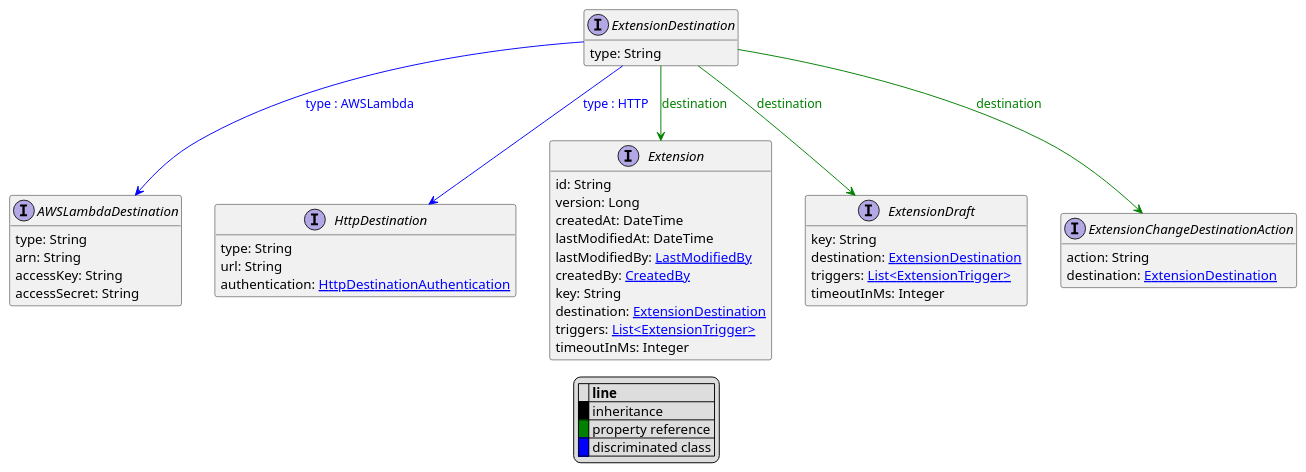
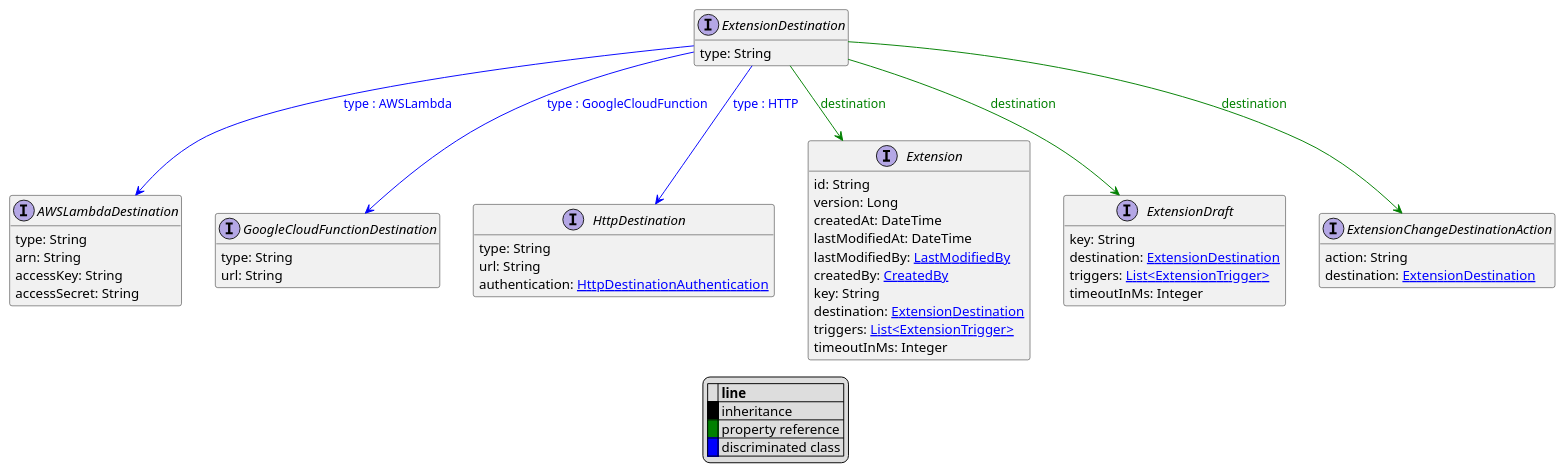
Before and after one commit to commercetools/commercetools-api-reference: the diagram in uml/api/ExtensionDestination.puml, drawn with PlantUML. The commit also changed 4 other files, not shown here.

```diff
--- a/uml/api/ExtensionDestination.puml
+++ b/uml/api/ExtensionDestination.puml
@@ -1,54 +1,59 @@
 @startuml
 
 hide empty fields
 hide empty methods
 legend
 |= |= line |
 |<back:black>   </back>| inheritance |
 |<back:green>   </back>| property reference |
 |<back:blue>   </back>| discriminated class |
 endlegend
 interface ExtensionDestination [[ExtensionDestination.svg]]  {
     type: String
 }
 
 
 interface AWSLambdaDestination [[AWSLambdaDestination.svg]]  {
     type: String
     arn: String
     accessKey: String
     accessSecret: String
+}
+interface GoogleCloudFunctionDestination [[GoogleCloudFunctionDestination.svg]]  {
+    type: String
+    url: String
 }
 interface HttpDestination [[HttpDestination.svg]]  {
     type: String
     url: String
     authentication: [[HttpDestinationAuthentication.svg HttpDestinationAuthentication]]
 }
 interface Extension [[Extension.svg]]  {
     id: String
     version: Long
     createdAt: DateTime
     lastModifiedAt: DateTime
     lastModifiedBy: [[LastModifiedBy.svg LastModifiedBy]]
     createdBy: [[CreatedBy.svg CreatedBy]]
     key: String
     destination: [[ExtensionDestination.svg ExtensionDestination]]
     triggers: [[ExtensionTrigger.svg List<ExtensionTrigger>]]
     timeoutInMs: Integer
 }
 interface ExtensionDraft [[ExtensionDraft.svg]]  {
     key: String
     destination: [[ExtensionDestination.svg ExtensionDestination]]
     triggers: [[ExtensionTrigger.svg List<ExtensionTrigger>]]
     timeoutInMs: Integer
 }
 interface ExtensionChangeDestinationAction [[ExtensionChangeDestinationAction.svg]]  {
     action: String
     destination: [[ExtensionDestination.svg ExtensionDestination]]
 }
 ExtensionDestination --> AWSLambdaDestination #blue;text:blue : "type : AWSLambda"
+ExtensionDestination --> GoogleCloudFunctionDestination #blue;text:blue : "type : GoogleCloudFunction"
 ExtensionDestination --> HttpDestination #blue;text:blue : "type : HTTP"
 ExtensionDestination --> Extension #green;text:green : "destination"
 ExtensionDestination --> ExtensionDraft #green;text:green : "destination"
 ExtensionDestination --> ExtensionChangeDestinationAction #green;text:green : "destination"
 @enduml
```
